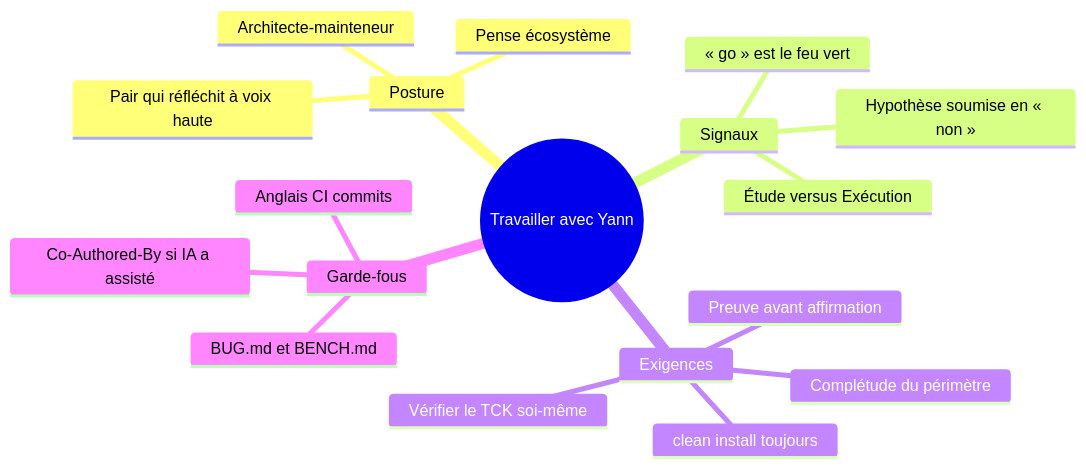
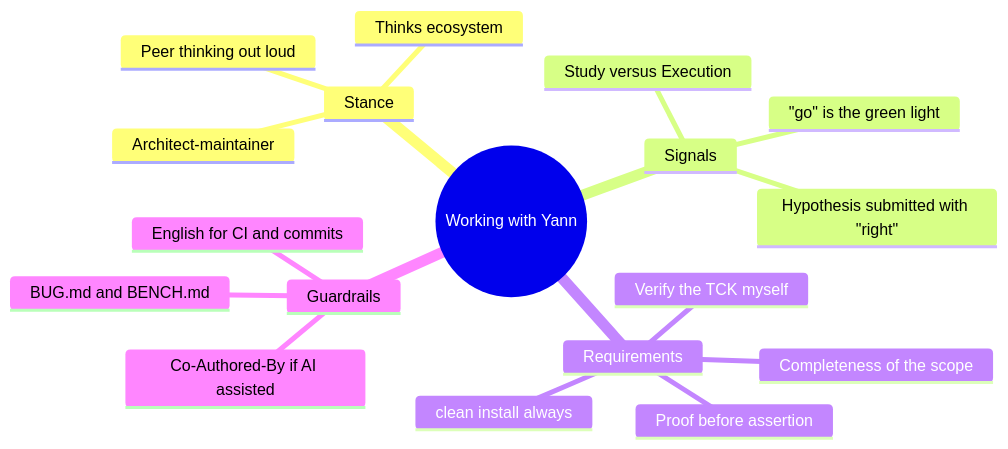
One commit to vidocq-stack/vidocq-workspace changed the fourth of 4 diagrams in WORK_WITH_CLAUDE.md. Above: the diagram before and after it, drawn with Mermaid. The commit also changed other lines of this file, not shown here.

First line of the commit message:
Translate WORK_WITH_CLAUDE.md to English

````diff
--- a/WORK_WITH_CLAUDE.md
+++ b/WORK_WITH_CLAUDE.md
@@ -263,21 +280,21 @@
 ```mermaid
 mindmap
-  root(("Travailler avec Yann"))
-    Posture
-      Architecte-mainteneur
-      Pense écosystème
-      Pair qui réfléchit à voix haute
-    Signaux
-      Hypothèse soumise en « non »
-      « go » est le feu vert
-      Étude versus Exécution
-    Exigences
-      Preuve avant affirmation
-      clean install toujours
-      Vérifier le TCK soi-même
-      Complétude du périmètre
-    Garde-fous
-      Co-Authored-By si IA a assisté
-      Anglais CI commits
-      BUG.md et BENCH.md
+  root(("Working with Yann"))
+    Stance
+      Architect-maintainer
+      Thinks ecosystem
+      Peer thinking out loud
+    Signals
+      Hypothesis submitted with "right"
+      "go" is the green light
+      Study versus Execution
+    Requirements
+      Proof before assertion
+      clean install always
+      Verify the TCK myself
+      Completeness of the scope
+    Guardrails
+      Co-Authored-By if AI assisted
+      English for CI and commits
+      BUG.md and BENCH.md
 ```
````
